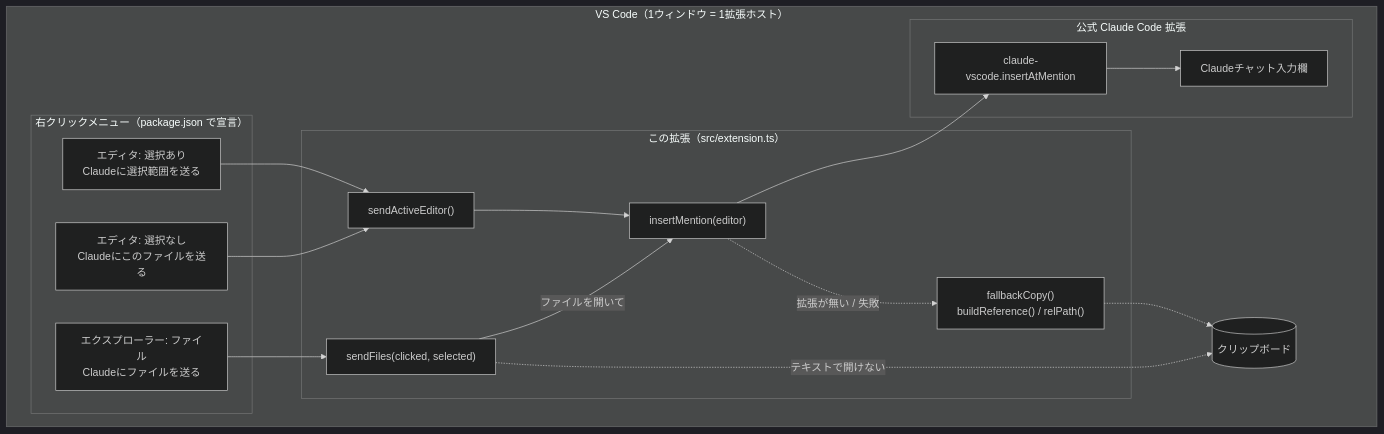
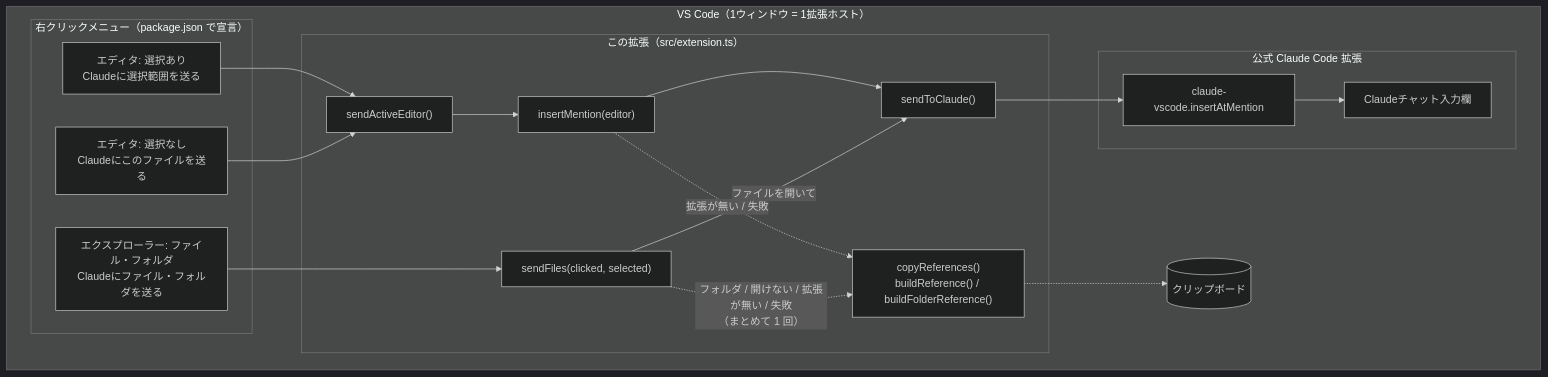
The first of 6 diagrams in docs/ARCHITECTURE.md (kip2/refs-to-chat), drawn with Mermaid (dark theme) before and after one commit. The commit also changed other lines of this file and 9 other files, not shown here.

````diff
--- a/docs/ARCHITECTURE.md
+++ b/docs/ARCHITECTURE.md
@@ -15,36 +15,38 @@
 ```mermaid
 flowchart LR
   subgraph VSCode["VS Code（1ウィンドウ = 1拡張ホスト）"]
     direction LR
     subgraph Menus["右クリックメニュー（package.json で宣言）"]
       M1["エディタ: 選択あり<br/>Claudeに選択範囲を送る"]
       M2["エディタ: 選択なし<br/>Claudeにこのファイルを送る"]
-      M3["エクスプローラー: ファイル<br/>Claudeにファイルを送る"]
+      M3["エクスプローラー: ファイル・フォルダ<br/>Claudeにファイル・フォルダを送る"]
     end
 
     subgraph Ext["この拡張（src/extension.ts）"]
       SAE["sendActiveEditor()"]
       SF["sendFiles(clicked, selected)"]
       IM["insertMention(editor)"]
-      FB["fallbackCopy()<br/>buildReference() / relPath()"]
+      STC["sendToClaude()"]
+      FB["copyReferences()<br/>buildReference() / buildFolderReference()"]
     end
 
     subgraph Claude["公式 Claude Code 拡張"]
       C1["claude-vscode.insertAtMention"]
       P["Claudeチャット入力欄"]
     end
 
     CB[("クリップボード")]
   end
 
   M1 --> SAE
   M2 --> SAE
   M3 --> SF
-  SF -->|ファイルを開いて| IM
   SAE --> IM
-  IM --> C1
+  IM --> STC
+  SF -->|ファイルを開いて| STC
+  STC --> C1
   C1 --> P
   IM -.->|拡張が無い / 失敗| FB
-  SF -.->|テキストで開けない| CB
+  SF -.->|フォルダ / 開けない / 拡張が無い / 失敗<br/>（まとめて 1 回）| FB
   FB -.-> CB
 ```
````
